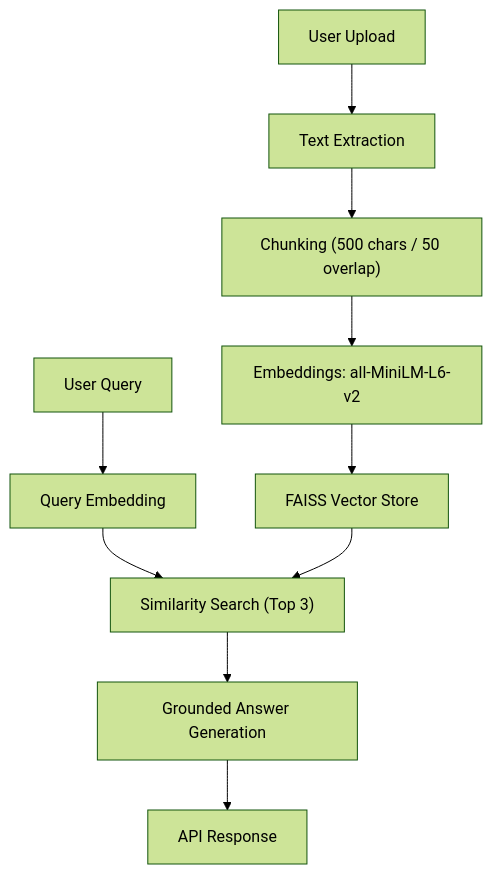
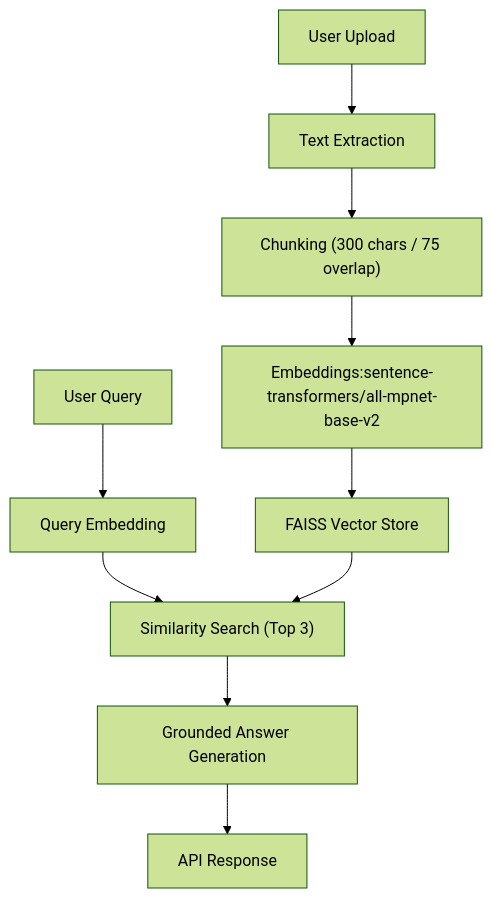
The diagram in README.md (ShreyanshWarde/RAG_based_Q_A), drawn with Mermaid (forest theme) before and after one commit. The commit also changed other lines of this file, not shown here.

Commit message:
Revise embeddings and chunking details in README
Updated embedding model and chunking parameters in the README.

````diff
--- a/README.md
+++ b/README.md
@@ -36,12 +36,12 @@
 ```mermaid
 flowchart TD
     A["User Upload"] --> B["Text Extraction"]
-    B --> C["Chunking (500 chars / 50 overlap)"]
-    C --> D["Embeddings: all-MiniLM-L6-v2"]
+    B --> C["Chunking (300 chars / 75 overlap)"]
+    C --> D["Embeddings:sentence-transformers/all-mpnet-base-v2"]
     D --> E["FAISS Vector Store"]
     F["User Query"] --> G["Query Embedding"]
     G --> H["Similarity Search (Top 3)"]
     E --> H
     H --> I["Grounded Answer Generation"]
     I --> J["API Response"]
 ```
````
